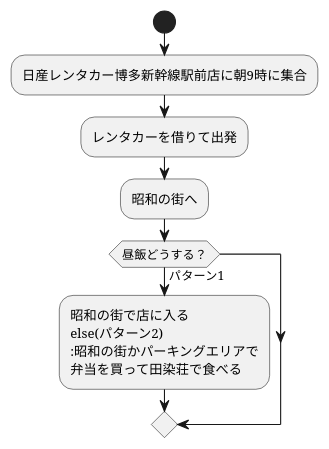
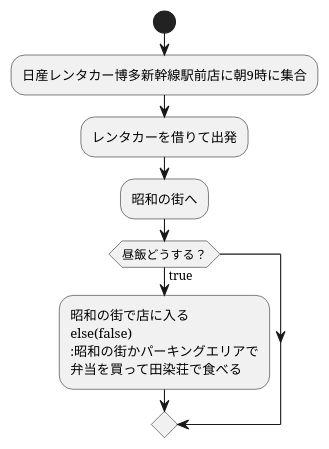
Before and after one commit to Aso2001369/2021sys-design: the diagram in trip.md, drawn with PlantUML.

````diff
--- a/trip.md
+++ b/trip.md
@@ -1,15 +1,15 @@
 ```uml
 @startuml
 start
 
 :日産レンタカー博多新幹線駅前店に朝9時に集合;
 :レンタカーを借りて出発;
 :昭和の街へ;
-if(昼飯どうする？)then(パターン1)
+if(昼飯どうする？)then(true)
 :昭和の街で店に入る
-else(パターン2)
+else(false)
 :昭和の街かパーキングエリアで
 弁当を買って田染荘で食べる;
 endif
 @enduml
 ```
````
